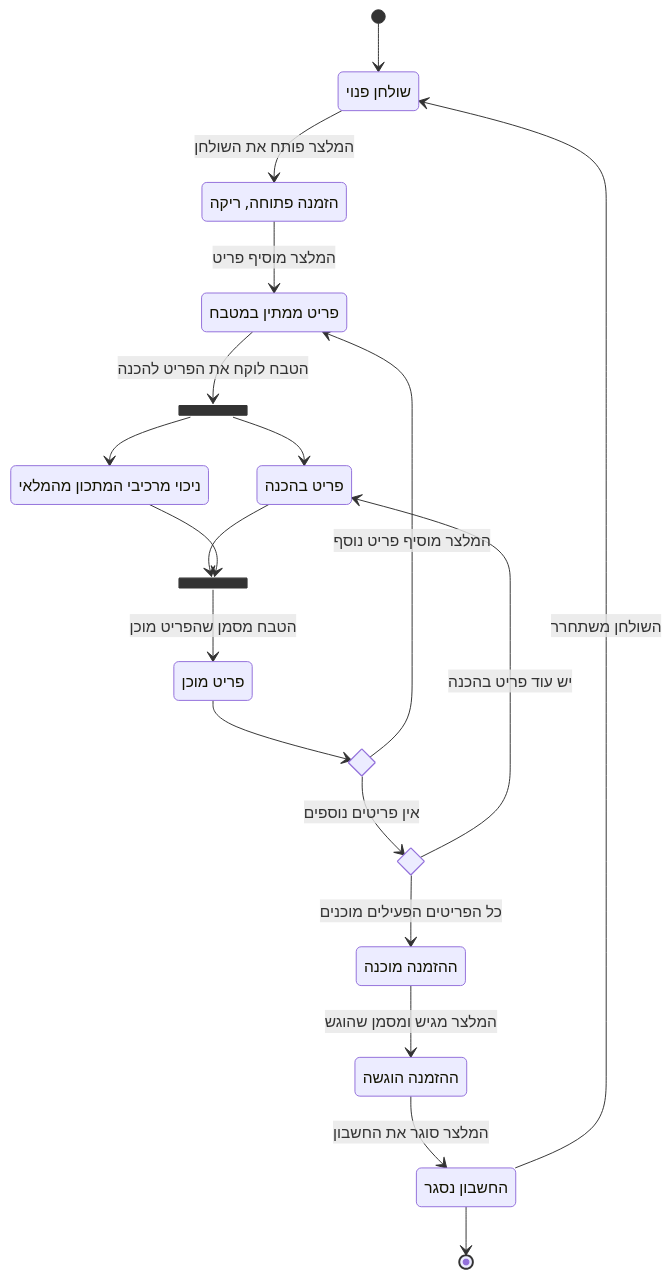
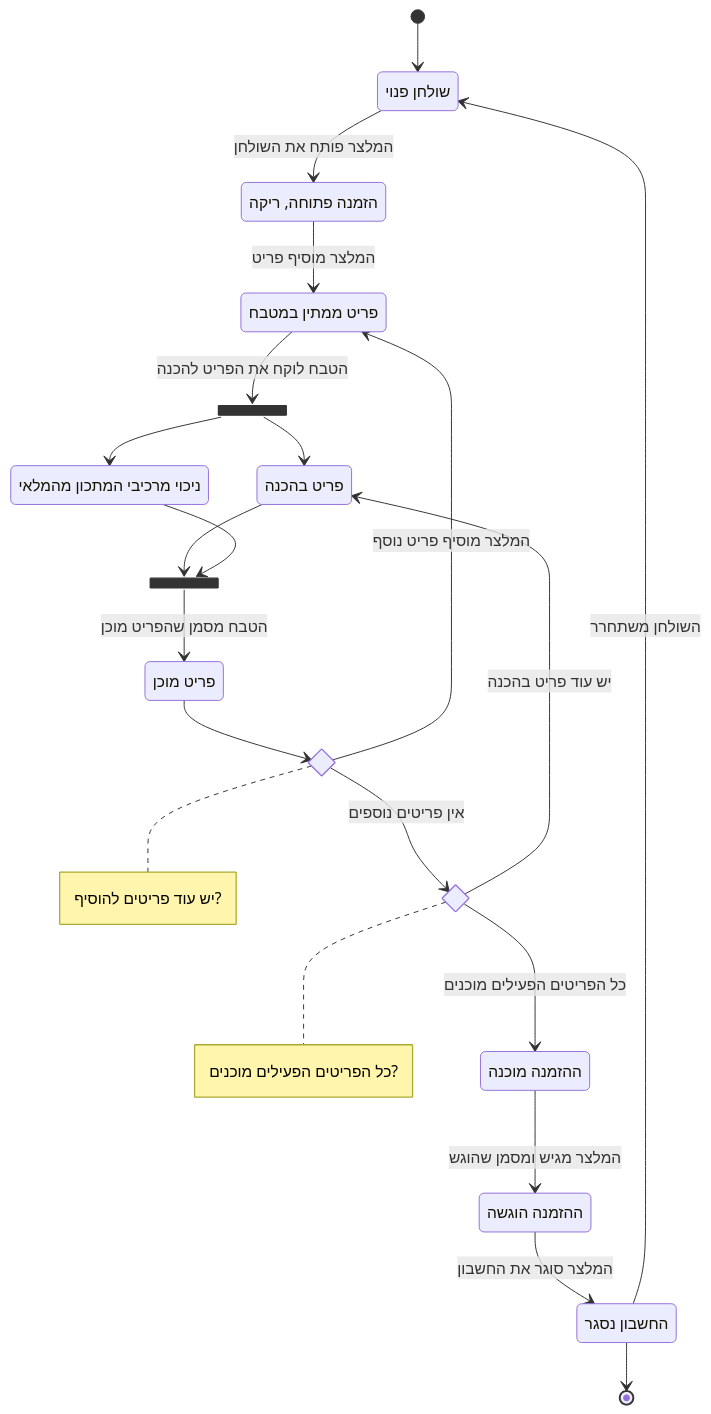
One commit to RonZaretsky/Restaurant-Kitchen-Management-System changed the diagram in מסמכים/הגשה/diagrams/activity-order-flow.md. Above: the diagram before and after it, drawn with Mermaid. The commit also changed 6 other files, not shown here.

First line of the commit message:
Add a question note to every choice diamond in the Activity diagrams

````diff
--- a/מסמכים/הגשה/diagrams/activity-order-flow.md
+++ b/מסמכים/הגשה/diagrams/activity-order-flow.md
@@ -3,38 +3,41 @@
 ```mermaid
 stateDiagram-v2
     direction TB
 
     state "שולחן פנוי" as free
     state "הזמנה פתוחה, ריקה" as empty
     state "פריט ממתין במטבח" as waiting
     state "פריט בהכנה" as preparing
     state "פריט מוכן" as done
     state "ההזמנה מוכנה" as ready
     state "ההזמנה הוגשה" as served
     state "החשבון נסגר" as closed
 
     state more_items <<choice>>
     state all_ready <<choice>>
     state deduct <<fork>>
     state deducted <<join>>
+
+    note right of more_items : יש עוד פריטים להוסיף?
+    note right of all_ready : כל הפריטים הפעילים מוכנים?
 
     [*] --> free
     free --> empty : המלצר פותח את השולחן
     empty --> waiting : המלצר מוסיף פריט
     waiting --> deduct : הטבח לוקח את הפריט להכנה
     deduct --> preparing
     deduct --> stock
     state "ניכוי מרכיבי המתכון מהמלאי" as stock
     preparing --> deducted
     stock --> deducted
     deducted --> done : הטבח מסמן שהפריט מוכן
     done --> more_items
     more_items --> waiting : המלצר מוסיף פריט נוסף
     more_items --> all_ready : אין פריטים נוספים
     all_ready --> ready : כל הפריטים הפעילים מוכנים
     all_ready --> preparing : יש עוד פריט בהכנה
     ready --> served : המלצר מגיש ומסמן שהוגש
     served --> closed : המלצר סוגר את החשבון
     closed --> free : השולחן משתחרר
     closed --> [*]
 ```
````
